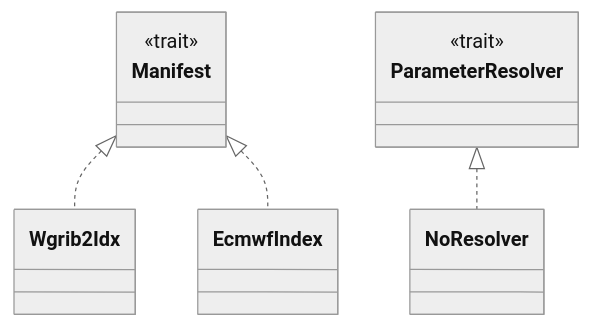
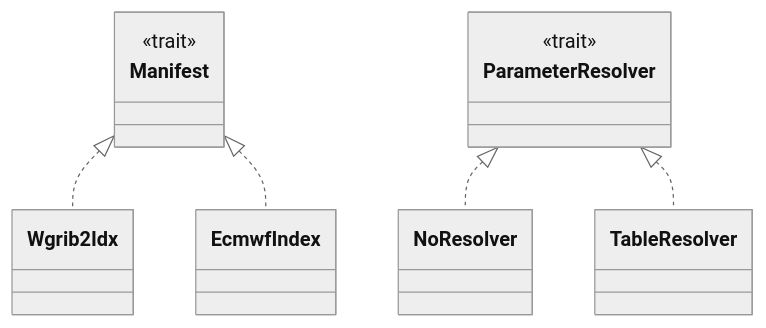
One commit to D0ubleD0uble/fieldglass changed the second of 5 diagrams in docs/architecture/02-trait-seams.md. Above: the diagram before and after it, drawn with Mermaid (neutral theme). The commit also changed other lines of this file and 12 other files, not shown here.

````diff
--- a/docs/architecture/02-trait-seams.md
+++ b/docs/architecture/02-trait-seams.md
@@ -62,13 +64,14 @@
 ```mermaid
 classDiagram
     class Manifest {
         <<trait>>
     }
     class ParameterResolver {
         <<trait>>
     }
 
     Manifest <|.. Wgrib2Idx
     Manifest <|.. EcmwfIndex
     ParameterResolver <|.. NoResolver
+    ParameterResolver <|.. TableResolver
 ```
````
